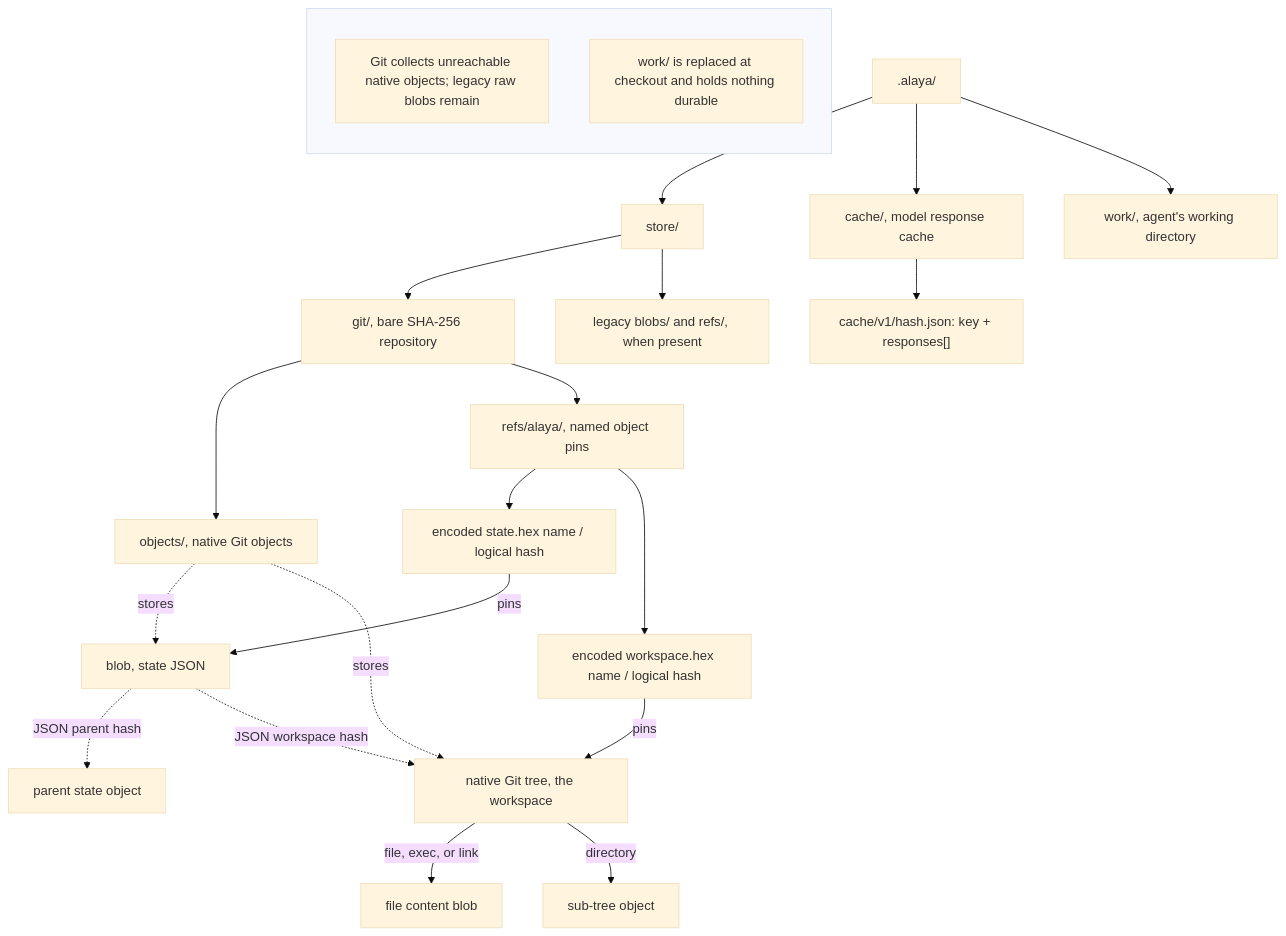
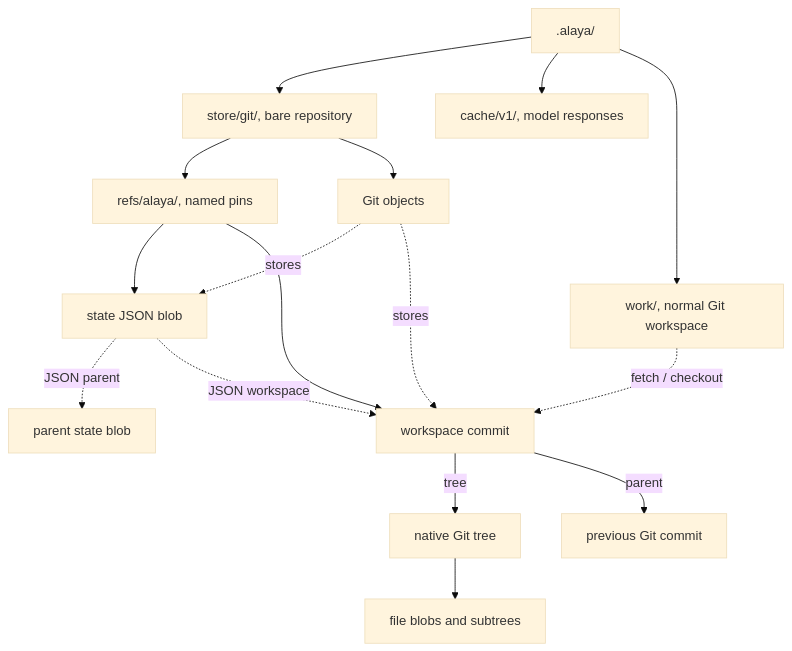
Before and after one commit to pku-xht/alaya: the tenth of 10 diagrams in docs/trajectory-schema.md, drawn with Mermaid (base theme). The commit also changed other lines of this file and 18 other files, not shown here.

Commit message:
Use native Git commits and checkout for workspace snapshots

````diff
--- a/docs/trajectory-schema.md
+++ b/docs/trajectory-schema.md
@@ -496,48 +512,18 @@
 ```mermaid
 flowchart TD
-  alayaRoot[".alaya/"]
-  storeDir["store/"]
-  modelCacheDir["cache/, model response cache"]
-  workDir["work/, agent's working directory"]
-  alayaRoot --> storeDir
-  alayaRoot --> modelCacheDir
-  alayaRoot --> workDir
-
-  gitDir["git/, bare SHA-256 repository"]
-  objectsDir["objects/, native Git objects"]
-  refsDir["refs/alaya/, named object pins"]
-  legacyDir["legacy blobs/ and refs/, when present"]
-  storeDir --> gitDir
-  gitDir --> objectsDir
-  gitDir --> refsDir
-  storeDir --> legacyDir
-
-  stateObj["blob, state JSON"]
-  parentState["parent state object"]
-  envTree["native Git tree, the workspace"]
-  objectsDir -.stores.-> stateObj
-  objectsDir -.stores.-> envTree
-  stateObj -.->|JSON parent hash| parentState
-  stateObj -.->|JSON workspace hash| envTree
-
-  fileBlob["file content blob"]
-  subTree["sub-tree object"]
-  envTree -->|file, exec, or link| fileBlob
-  envTree -->|directory| subTree
-
-  stateRef["encoded state.hex name / logical hash"]
-  envRef["encoded workspace.hex name / logical hash"]
-  refsDir --> stateRef
-  refsDir --> envRef
-  stateRef -->|pins| stateObj
-  envRef -->|pins| envTree
-
-  cacheEntry["cache/v1/hash.json: key + responses[]"]
-  modelCacheDir --> cacheEntry
-
-  subgraph Notes[" "]
-    direction TB
-    gcNote["Git collects unreachable native objects; legacy raw blobs remain"]
-    workNote["work/ is replaced at checkout and holds nothing durable"]
-  end
+  data[".alaya/"] --> store["store/git/, bare repository"]
+  data --> cache["cache/v1/, model responses"]
+  data --> work["work/, normal Git workspace"]
+  store --> refs["refs/alaya/, named pins"]
+  store --> objects["Git objects"]
+  refs --> state["state JSON blob"]
+  refs --> workspace["workspace commit"]
+  objects -.stores.-> state
+  objects -.stores.-> workspace
+  state -.->|JSON parent| parentState["parent state blob"]
+  state -.->|JSON workspace| workspace
+  workspace -->|tree| tree["native Git tree"]
+  workspace -->|parent| parentCommit["previous Git commit"]
+  tree --> files["file blobs and subtrees"]
+  work -.fetch / checkout.-> workspace
 ```
````
